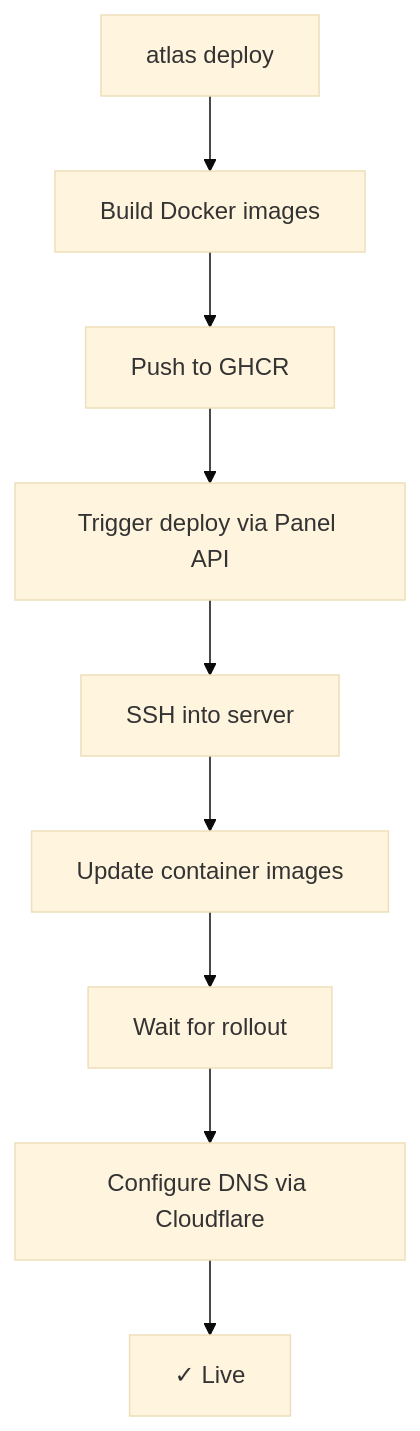
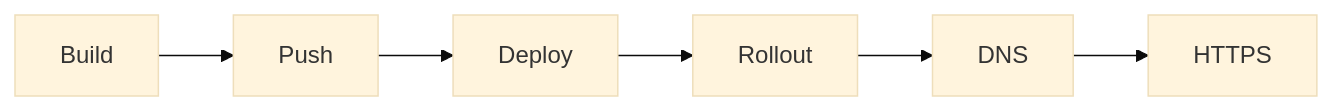
One commit to codeatlasdev/atlas changed the diagram in apps/docs/content/docs/concepts/how-deploys-work.mdx. Above: the diagram before and after it, drawn with Mermaid (base theme). The commit also changed other lines of this file and 32 other files, not shown here.

````diff
--- a/apps/docs/content/docs/concepts/how-deploys-work.mdx
+++ b/apps/docs/content/docs/concepts/how-deploys-work.mdx
@@ -12,11 +12,8 @@
 ```mermaid
-graph TD
-    A[atlas deploy] --> B[Build Docker images]
-    B --> C[Push to GHCR]
-    C --> D[Trigger deploy via Panel API]
-    D --> E[SSH into server]
-    E --> F[Update container images]
-    F --> G[Wait for rollout]
-    G --> H[Configure DNS via Cloudflare]
-    H --> I[✓ Live]
+graph LR
+    A[Build] --> B[Push]
+    B --> C[Deploy]
+    C --> D[Rollout]
+    D --> E[DNS]
+    E --> F[HTTPS]
 ```
````
